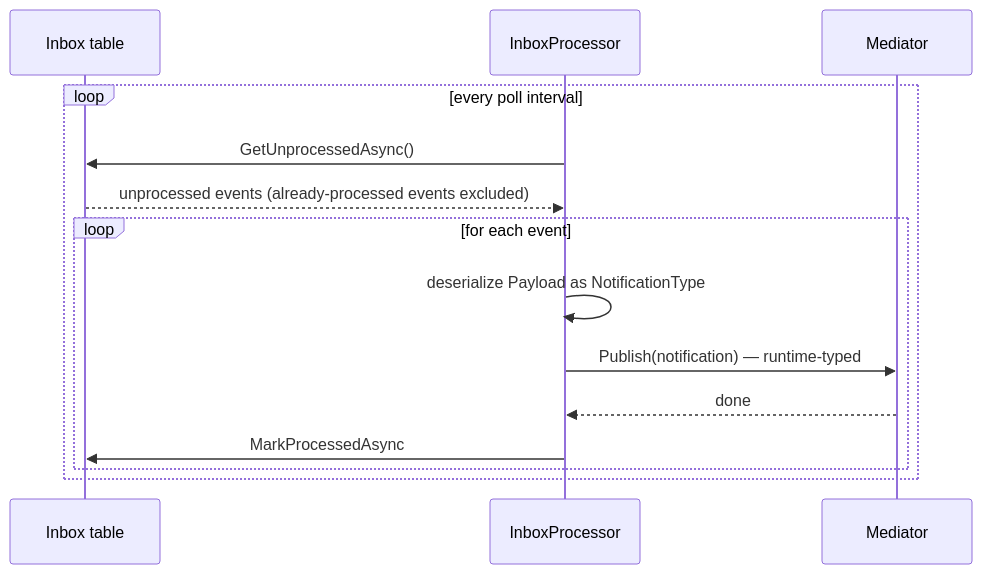
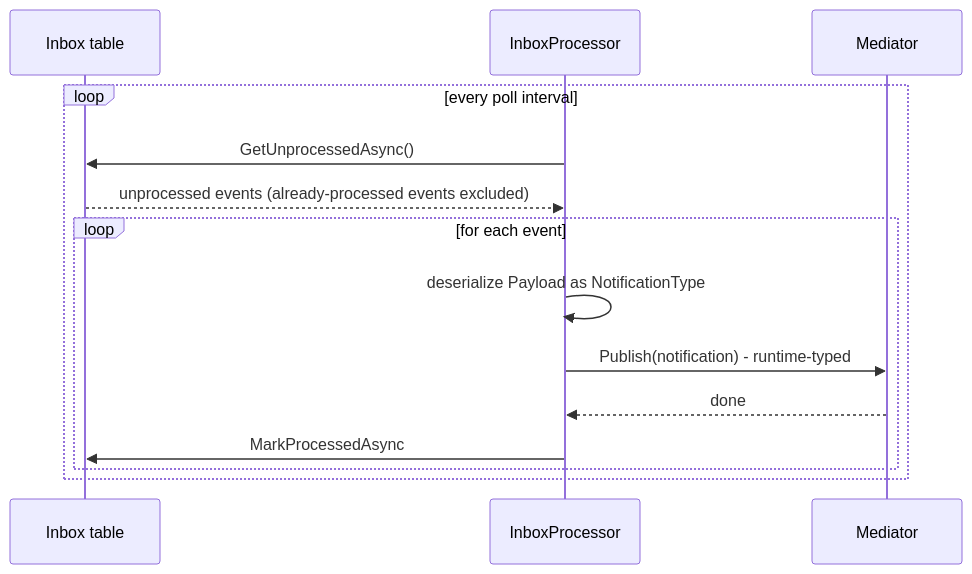
One commit to rheone/interlocutor changed the second of 2 diagrams in documentation/runtime-typed-dispatch.md. Above: the diagram before and after it, drawn with Mermaid. The commit also changed other lines of this file and 284 other files, not shown here.

````diff
--- a/documentation/runtime-typed-dispatch.md
+++ b/documentation/runtime-typed-dispatch.md
@@ -163,17 +163,17 @@
 ```mermaid
 sequenceDiagram
     participant InboxTable as Inbox table
     participant Processor as InboxProcessor
     participant Mediator
 
     loop every poll interval
         Processor->>InboxTable: GetUnprocessedAsync()
         InboxTable-->>Processor: unprocessed events (already-processed events excluded)
         loop for each event
             Processor->>Processor: deserialize Payload as NotificationType
-            Processor->>Mediator: Publish(notification) — runtime-typed
+            Processor->>Mediator: Publish(notification) - runtime-typed
             Mediator-->>Processor: done
             Processor->>InboxTable: MarkProcessedAsync
         end
     end
 ```
````
